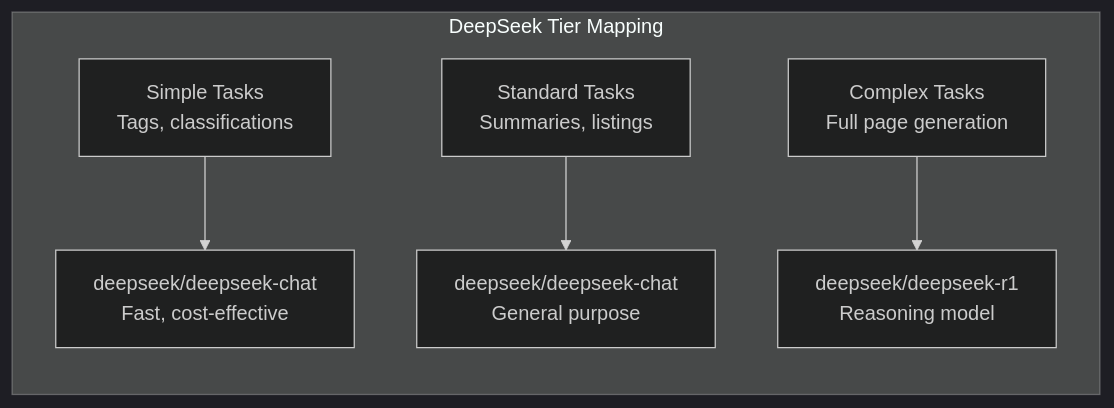
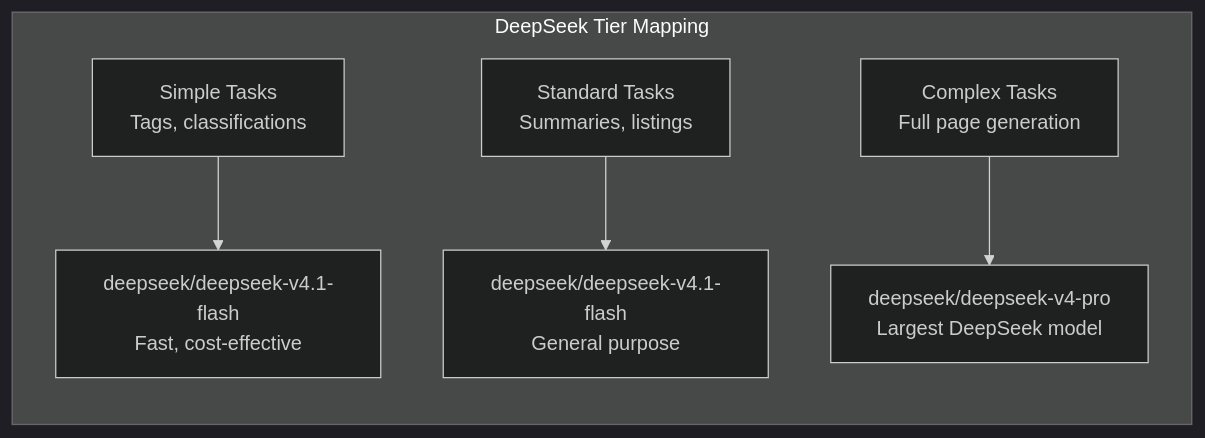
One commit to ever-works/ever-works changed the second of 2 diagrams in docs/plugin-system/deepseek-plugin.md. Above: the diagram before and after it, drawn with Mermaid (dark theme). The commit also changed other lines of this file and 5 other files, not shown here.

First line of the commit message:
docs(plugins): rewrite the DeepSeek, xAI, Together, Fireworks and Cohere pages as current via-gateway guides

````diff
--- a/docs/plugin-system/deepseek-plugin.md
+++ b/docs/plugin-system/deepseek-plugin.md
@@ -129,8 +133,8 @@
 ```mermaid
 graph LR
     subgraph "DeepSeek Tier Mapping"
-        S["Simple Tasks<br/>Tags, classifications"] --> SM["deepseek/deepseek-chat<br/>Fast, cost-effective"]
-        M["Standard Tasks<br/>Summaries, listings"] --> MM["deepseek/deepseek-chat<br/>General purpose"]
-        C["Complex Tasks<br/>Full page generation"] --> CM["deepseek/deepseek-r1<br/>Reasoning model"]
+        S["Simple Tasks<br/>Tags, classifications"] --> SM["deepseek/deepseek-v4.1-flash<br/>Fast, cost-effective"]
+        M["Standard Tasks<br/>Summaries, listings"] --> MM["deepseek/deepseek-v4.1-flash<br/>General purpose"]
+        C["Complex Tasks<br/>Full page generation"] --> CM["deepseek/deepseek-v4-pro<br/>Largest DeepSeek model"]
     end
 ```
````
